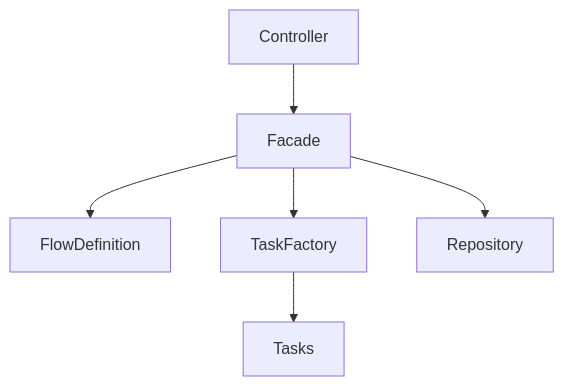
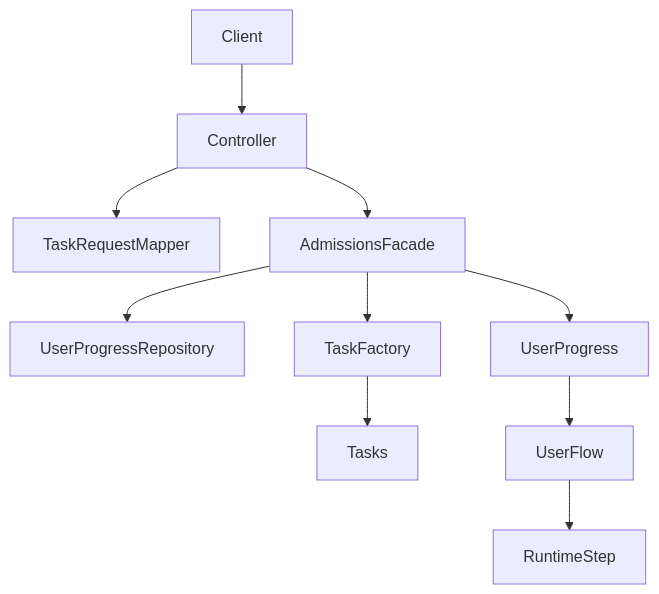
The diagram in docs/design.md (OhadDaniel/admissions-flow-service), drawn with Mermaid before and after one commit. The commit also changed other lines of this file and 28 other files, not shown here.

Commit message:
Refactor admissions flow and add per-user runtime flow

````diff
--- a/docs/design.md
+++ b/docs/design.md
@@ -36,8 +56,12 @@
 ```mermaid
 graph TD
-    Controller --> Facade
-    Facade --> FlowDefinition
-    Facade --> TaskFactory
+    Client --> Controller
+    Controller --> TaskRequestMapper
+    Controller --> AdmissionsFacade
+    AdmissionsFacade --> UserProgressRepository
+    AdmissionsFacade --> TaskFactory
     TaskFactory --> Tasks
-    Facade --> Repository
+    AdmissionsFacade --> UserProgress
+    UserProgress --> UserFlow
+    UserFlow --> RuntimeStep
 ```
````
